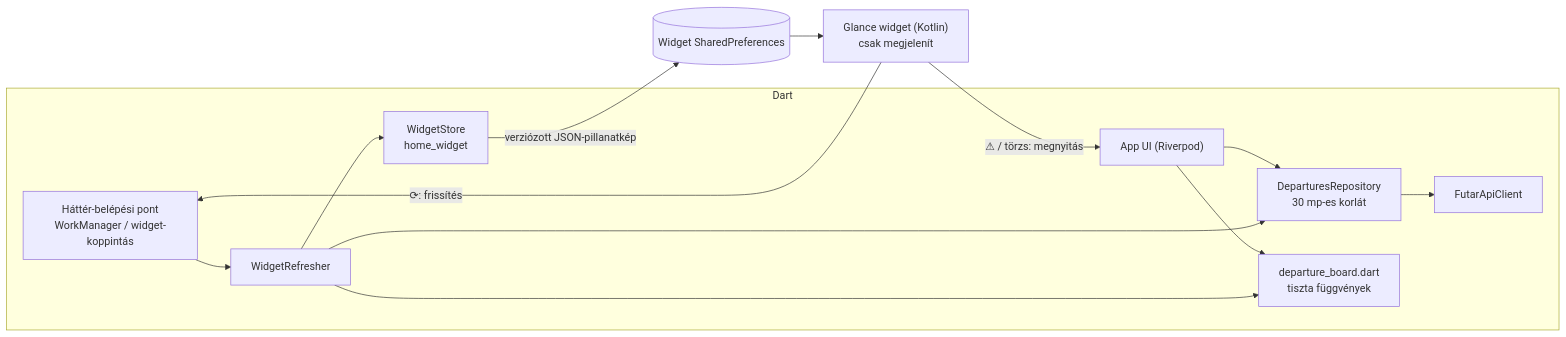
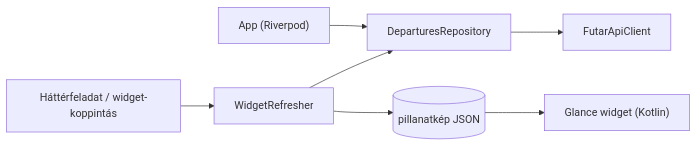
The diagram in README.md (seyuyo/indulj), drawn with Mermaid before and after one commit. The commit also changed other lines of this file and 1 other file, not shown here.

````diff
--- a/README.md
+++ b/README.md
@@ -44,16 +48,9 @@
 ```mermaid
 flowchart LR
-  subgraph Dart
-    UI["App UI (Riverpod)"] --> Repo["DeparturesRepository<br/>30 mp-es korlát"]
-    BG["Háttér-belépési pont<br/>WorkManager / widget-koppintás"] --> Refresher["WidgetRefresher"]
-    Refresher --> Repo
-    Repo --> Api["FutarApiClient"]
-    UI --> Board["departure_board.dart<br/>tiszta függvények"]
-    Refresher --> Board
-    Refresher --> Store["WidgetStore<br/>home_widget"]
-  end
-  Store -->|"verziózott JSON-pillanatkép"| Prefs[("Widget SharedPreferences")]
-  Prefs --> Glance["Glance widget (Kotlin)<br/>csak megjelenít"]
-  Glance -->|"⟳: frissítés"| BG
-  Glance -->|"⚠ / törzs: megnyitás"| UI
+  UI["App (Riverpod)"] --> Repo["DeparturesRepository"]
+  BG["Háttérfeladat / widget-koppintás"] --> Refresher["WidgetRefresher"]
+  Refresher --> Repo
+  Repo --> Api["FutarApiClient"]
+  Refresher --> Prefs[("pillanatkép JSON")]
+  Prefs --> Glance["Glance widget (Kotlin)"]
 ```
````
